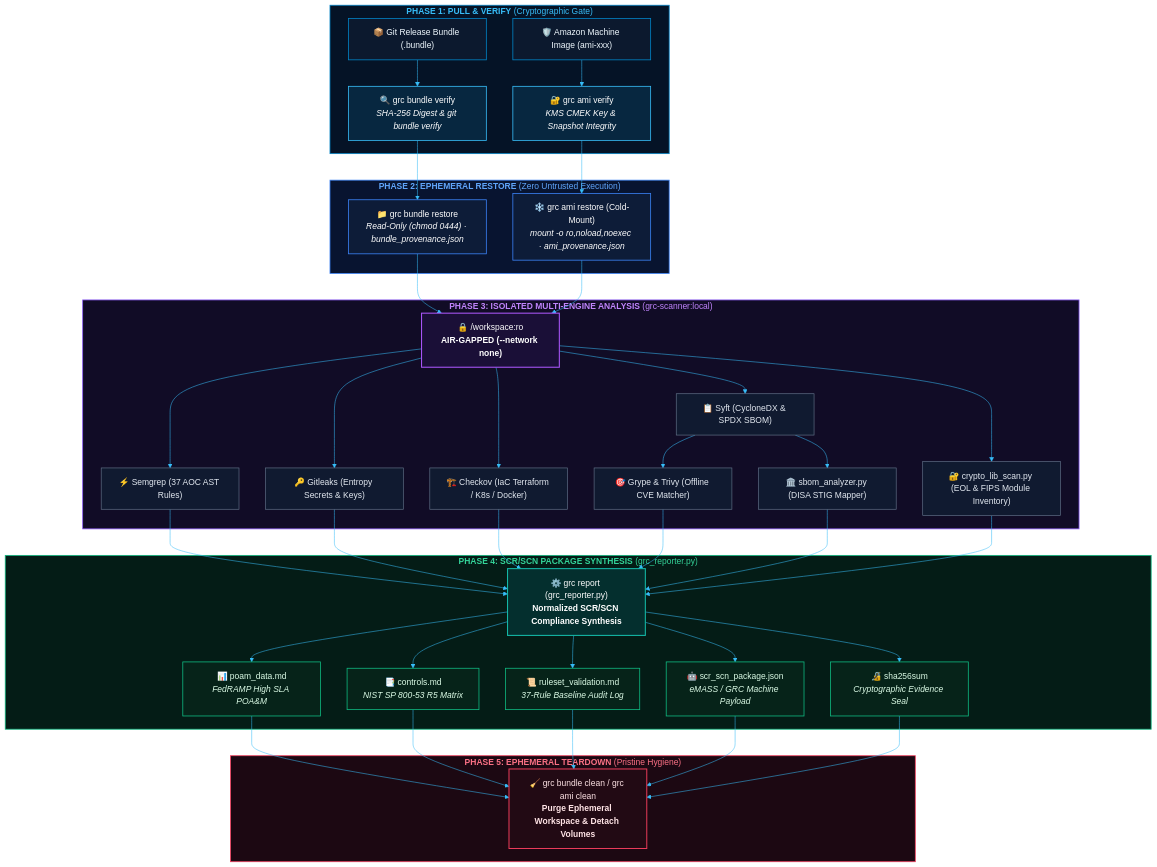
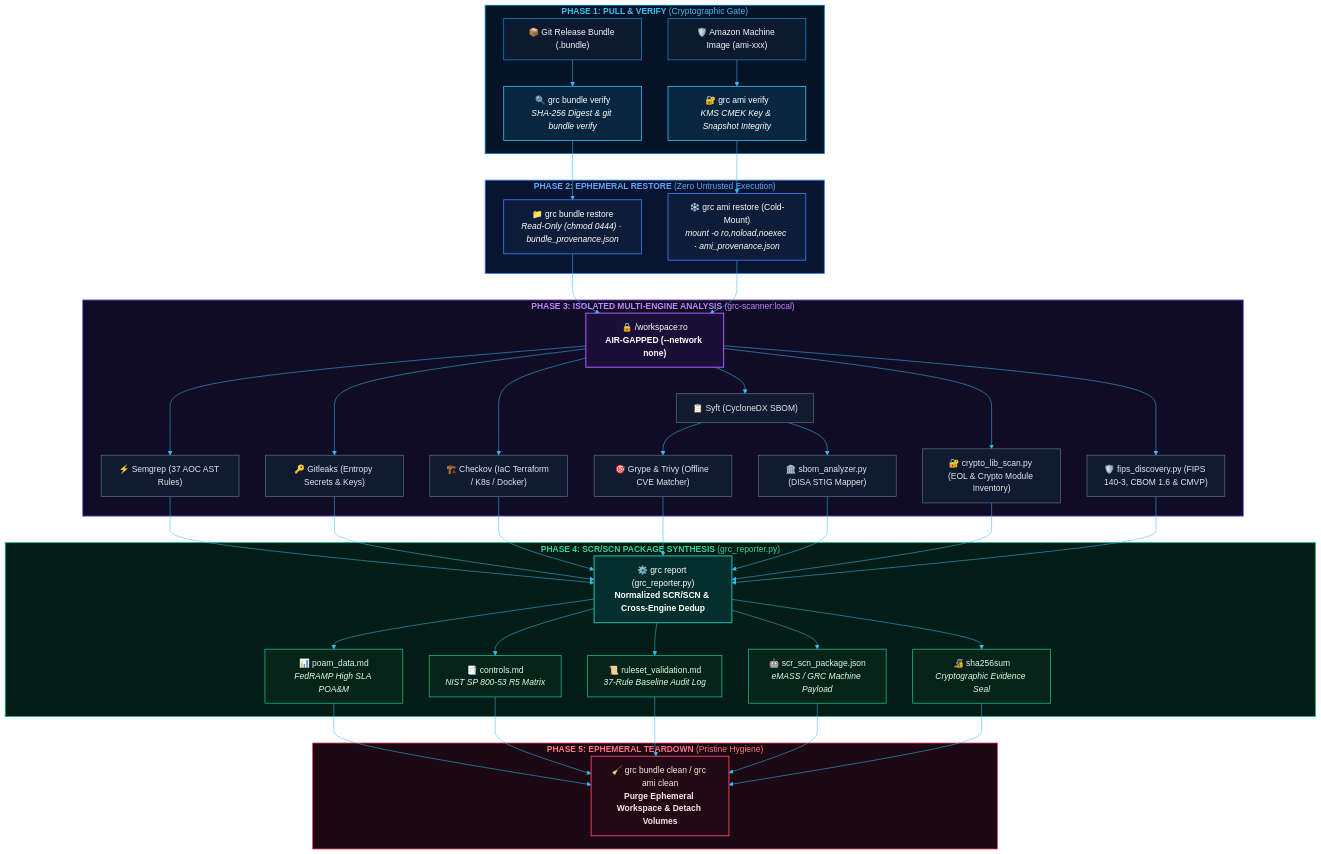
The diagram in README.md (eodartintlabs-hue/grc-xmini-public), drawn with Mermaid before and after one commit. The commit also changed other lines of this file and 33 other files, not shown here.

Commit message:
Release v1.5.0 (Iwakuni): FIPS 140-3 discovery, CBOM, offline CMVP engine, Finding Schema v1.0.0, and Triad v1.5.0 sync

````diff
--- a/README.md
+++ b/README.md
@@ -90,70 +90,72 @@
 ```mermaid
 %%{init: {
   'theme': 'base',
   'themeVariables': {
     'darkMode': true,
     'background': '#070a12',
     'primaryColor': '#0f172a',
     'primaryTextColor': '#f8fafc',
     'primaryBorderColor': '#38bdf8',
     'lineColor': '#38bdf8',
     'secondaryColor': '#1e1b4b',
     'tertiaryColor': '#0c4a6e',
     'mainBkg': '#0f172a',
     'nodeBorder': '#38bdf8',
     'clusterBkg': '#0b0f19',
     'clusterBorder': '#1e293b',
     'defaultLinkColor': '#38bdf8',
     'fontFamily': 'system-ui, -apple-system, sans-serif'
   }
 }}%%
 flowchart TD
     classDef inputNode fill:#0c192e,stroke:#0284c7,stroke-width:1.5px,color:#f0f9ff;
     classDef verifyNode fill:#072740,stroke:#38bdf8,stroke-width:1.5px,color:#ffffff;
     classDef restoreNode fill:#0d1c38,stroke:#3b82f6,stroke-width:1.5px,color:#ffffff;
     classDef airgapNode fill:#1a0f37,stroke:#a855f7,stroke-width:2px,color:#ffffff;
     classDef scannerNode fill:#101a30,stroke:#64748b,stroke-width:1.2px,color:#e2e8f0;
     classDef reportNode fill:#042f2e,stroke:#14b8a6,stroke-width:2px,color:#ffffff;
     classDef deliverableNode fill:#062319,stroke:#10b981,stroke-width:1.5px,color:#dcfce7;
     classDef cleanNode fill:#220a14,stroke:#f43f5e,stroke-width:1.8px,color:#ffe4e6;
 
     subgraph Phase1["<b>PHASE 1: PULL &amp; VERIFY</b> (Cryptographic Gate)"]
         Bundle["📦 Git Release Bundle (.bundle)"]:::inputNode --> VerifyB["🔍 grc bundle verify<br/><i>SHA-256 Digest &amp; git bundle verify</i>"]:::verifyNode
         AMI["🛡️ Amazon Machine Image (ami-xxx)"]:::inputNode --> VerifyA["🔐 grc ami verify<br/><i>KMS CMEK Key &amp; Snapshot Integrity</i>"]:::verifyNode
     end
 
     subgraph Phase2["<b>PHASE 2: EPHEMERAL RESTORE</b> (Zero Untrusted Execution)"]
         VerifyB --> RestoreB["📁 grc bundle restore<br/><i>Read-Only (chmod 0444) · bundle_provenance.json</i>"]:::restoreNode
         VerifyA --> RestoreA["❄️ grc ami restore (Cold-Mount)<br/><i>mount -o ro,noload,noexec · ami_provenance.json</i>"]:::restoreNode
     end
 
     subgraph Phase3["<b>PHASE 3: ISOLATED MULTI-ENGINE ANALYSIS</b> (grc-scanner:local)"]
         RestoreB & RestoreA --> Workspace["🔒 /workspace:ro<br/><b>AIR-GAPPED (--network none)</b>"]:::airgapNode
         Workspace --> Semgrep["⚡ Semgrep (37 AOC AST Rules)"]:::scannerNode
         Workspace --> Gitleaks["🔑 Gitleaks (Entropy Secrets &amp; Keys)"]:::scannerNode
         Workspace --> Checkov["🏗️ Checkov (IaC Terraform / K8s / Docker)"]:::scannerNode
-        Workspace --> Syft["📋 Syft (CycloneDX &amp; SPDX SBOM)"]:::scannerNode
+        Syft["📋 Syft (CycloneDX SBOM)"]:::scannerNode
+        Workspace --> Syft
         Syft --> GrypeTrivy["🎯 Grype &amp; Trivy (Offline CVE Matcher)"]:::scannerNode
         Syft --> STIGMap["🏛️ sbom_analyzer.py (DISA STIG Mapper)"]:::scannerNode
-        Workspace --> CryptoScan["🔐 crypto_lib_scan.py (EOL &amp; FIPS Module Inventory)"]:::scannerNode
+        Workspace --> CryptoScan["🔐 crypto_lib_scan.py (EOL &amp; Crypto Module Inventory)"]:::scannerNode
+        Workspace --> FIPSScan["🛡️ fips_discovery.py (FIPS 140-3, CBOM 1.6 &amp; CMVP)"]:::scannerNode
     end
 
     subgraph Phase4["<b>PHASE 4: SCR/SCN PACKAGE SYNTHESIS</b> (grc_reporter.py)"]
-        Semgrep & Gitleaks & Checkov & GrypeTrivy & STIGMap & CryptoScan --> Reporter["⚙️ grc report (grc_reporter.py)<br/><b>Normalized SCR/SCN Compliance Synthesis</b>"]:::reportNode
+        Semgrep & Gitleaks & Checkov & GrypeTrivy & STIGMap & CryptoScan & FIPSScan --> Reporter["⚙️ grc report (grc_reporter.py)<br/><b>Normalized SCR/SCN &amp; Cross-Engine Dedup</b>"]:::reportNode
         Reporter --> POAM["📊 poam_data.md<br/><i>FedRAMP High SLA POA&amp;M</i>"]:::deliverableNode
         Reporter --> Controls["📑 controls.md<br/><i>NIST SP 800-53 R5 Matrix</i>"]:::deliverableNode
         Reporter --> RulesetLog["📜 ruleset_validation.md<br/><i>37-Rule Baseline Audit Log</i>"]:::deliverableNode
         Reporter --> SCR["🤖 scr_scn_package.json<br/><i>eMASS / GRC Machine Payload</i>"]:::deliverableNode
         Reporter --> Seal["🔏 sha256sum<br/><i>Cryptographic Evidence Seal</i>"]:::deliverableNode
     end
 
     subgraph Phase5["<b>PHASE 5: EPHEMERAL TEARDOWN</b> (Pristine Hygiene)"]
         POAM & Controls & RulesetLog & SCR & Seal --> Clean["🧹 grc bundle clean / grc ami clean<br/><b>Purge Ephemeral Workspace &amp; Detach Volumes</b>"]:::cleanNode
     end
 
     style Phase1 fill:#051326,stroke:#0284c7,stroke-width:1.5px,color:#38bdf8
     style Phase2 fill:#081430,stroke:#3b82f6,stroke-width:1.5px,color:#60a5fa
     style Phase3 fill:#110c26,stroke:#8b5cf6,stroke-width:1.5px,color:#c084fc
     style Phase4 fill:#041c16,stroke:#10b981,stroke-width:1.5px,color:#34d399
     style Phase5 fill:#1c0812,stroke:#f43f5e,stroke-width:1.5px,color:#fb7185
 ```
````
